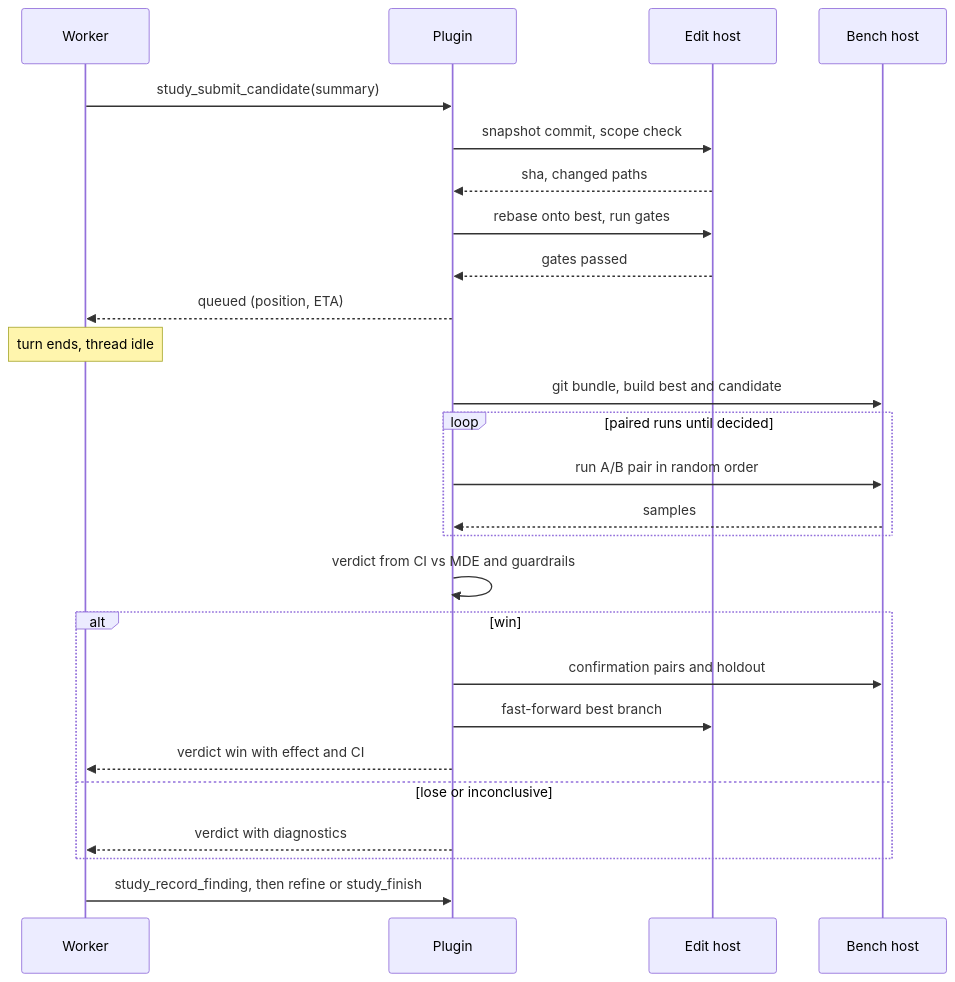
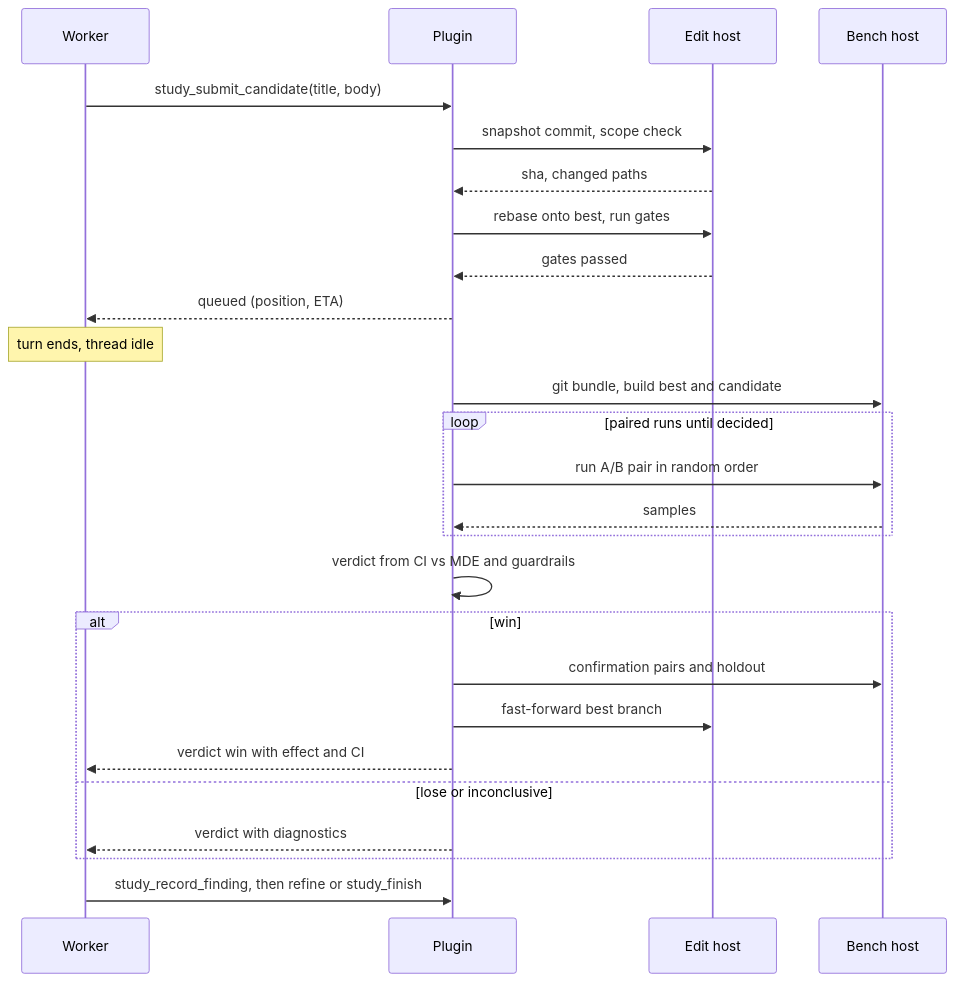
The third of 3 diagrams in docs/design.md (pascal-de-ladurantaye/bb-autoresearch), drawn with Mermaid before and after one commit. The commit also changed other lines of this file and 8 other files, not shown here.

````diff
--- a/docs/design.md
+++ b/docs/design.md
@@ -176,28 +178,28 @@
 ```mermaid
 sequenceDiagram
   participant W as Worker
   participant P as Plugin
   participant E as Edit host
   participant B as Bench host
-  W->>P: study_submit_candidate(summary)
+  W->>P: study_submit_candidate(title, body)
   P->>E: snapshot commit, scope check
   E-->>P: sha, changed paths
   P->>E: rebase onto best, run gates
   E-->>P: gates passed
   P-->>W: queued (position, ETA)
   Note over W: turn ends, thread idle
   P->>B: git bundle, build best and candidate
   loop paired runs until decided
     P->>B: run A/B pair in random order
     B-->>P: samples
   end
   P->>P: verdict from CI vs MDE and guardrails
   alt win
     P->>B: confirmation pairs and holdout
     P->>E: fast-forward best branch
     P-->>W: verdict win with effect and CI
   else lose or inconclusive
     P-->>W: verdict with diagnostics
   end
   W->>P: study_record_finding, then refine or study_finish
 ```
````
